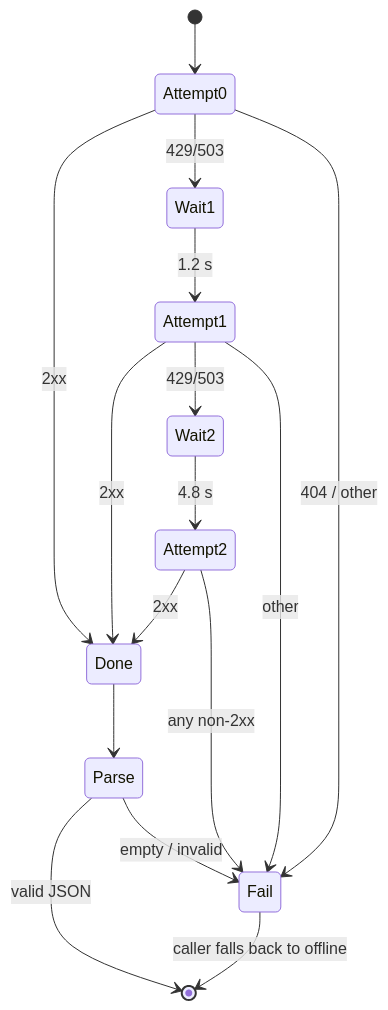
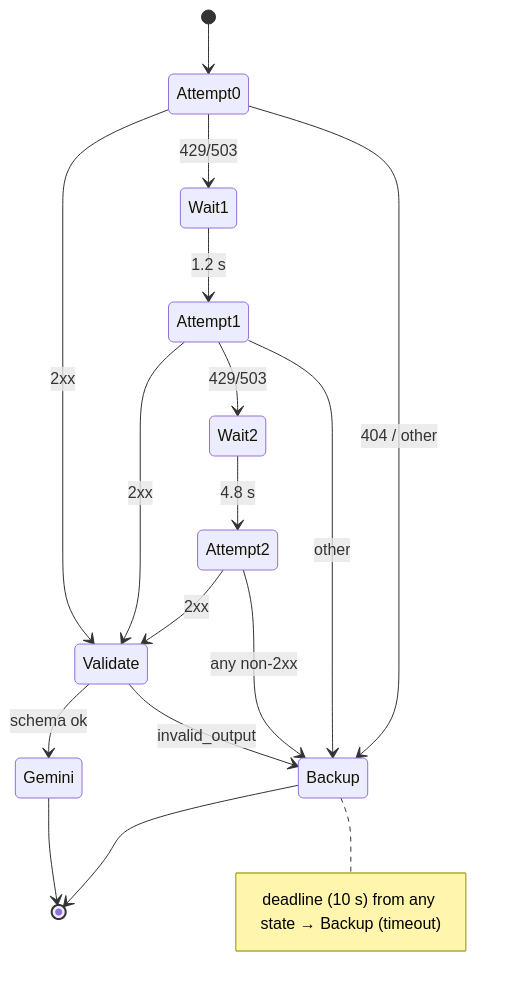
The sixth of 6 diagrams in specs/000-freshvoice-system/design.md (ramanathanmani/great-agent-hackathon-2026), drawn with Mermaid before and after one commit. The commit also changed other lines of this file and 4 other files, not shown here.

````diff
--- a/specs/000-freshvoice-system/design.md
+++ b/specs/000-freshvoice-system/design.md
@@ -276,18 +328,19 @@
 ```mermaid
 stateDiagram-v2
   [*] --> Attempt0
-  Attempt0 --> Done: 2xx
+  Attempt0 --> Validate: 2xx
   Attempt0 --> Wait1: 429/503
-  Attempt0 --> Fail: 404 / other
+  Attempt0 --> Backup: 404 / other
   Wait1 --> Attempt1: 1.2 s
-  Attempt1 --> Done: 2xx
+  Attempt1 --> Validate: 2xx
   Attempt1 --> Wait2: 429/503
-  Attempt1 --> Fail: other
+  Attempt1 --> Backup: other
   Wait2 --> Attempt2: 4.8 s
-  Attempt2 --> Done: 2xx
-  Attempt2 --> Fail: any non-2xx
-  Done --> Parse
-  Parse --> [*]: valid JSON
-  Parse --> Fail: empty / invalid
-  Fail --> [*]: caller falls back to offline
+  Attempt2 --> Validate: 2xx
+  Attempt2 --> Backup: any non-2xx
+  Validate --> Gemini: schema ok
+  Validate --> Backup: invalid_output
+  Gemini --> [*]
+  Backup --> [*]
+  note right of Backup: deadline (10 s) from any state → Backup (timeout)
 ```
````
